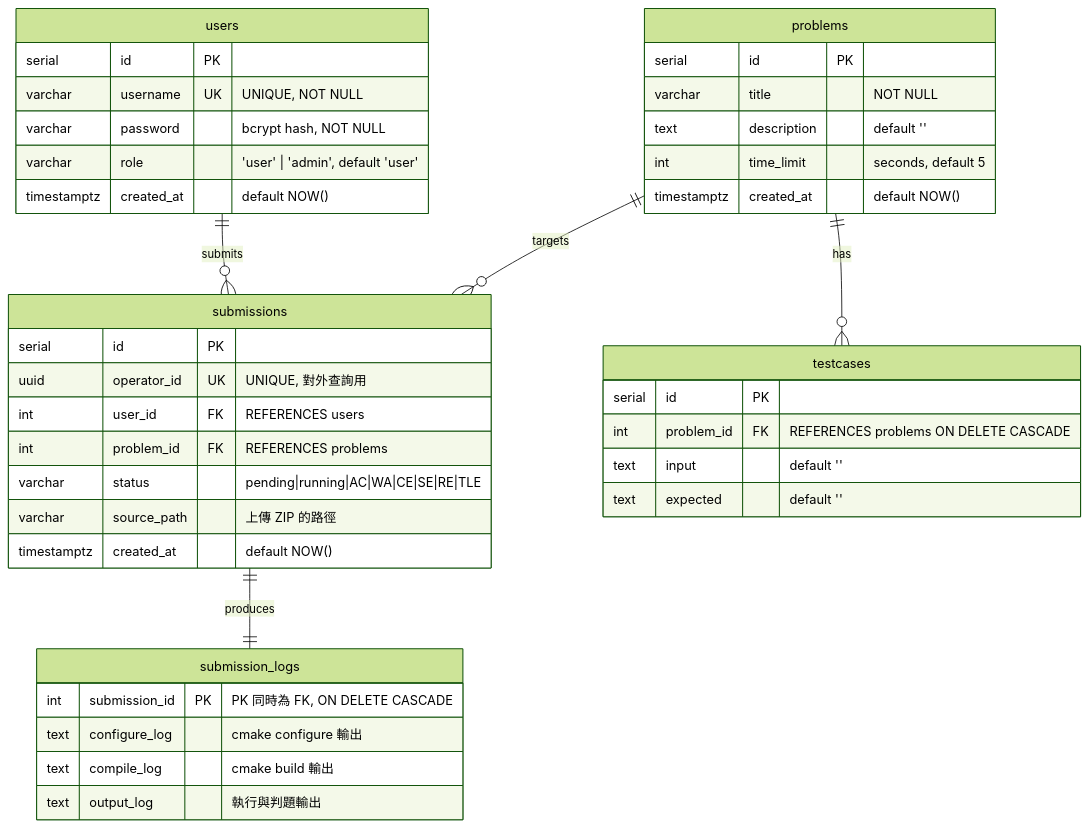
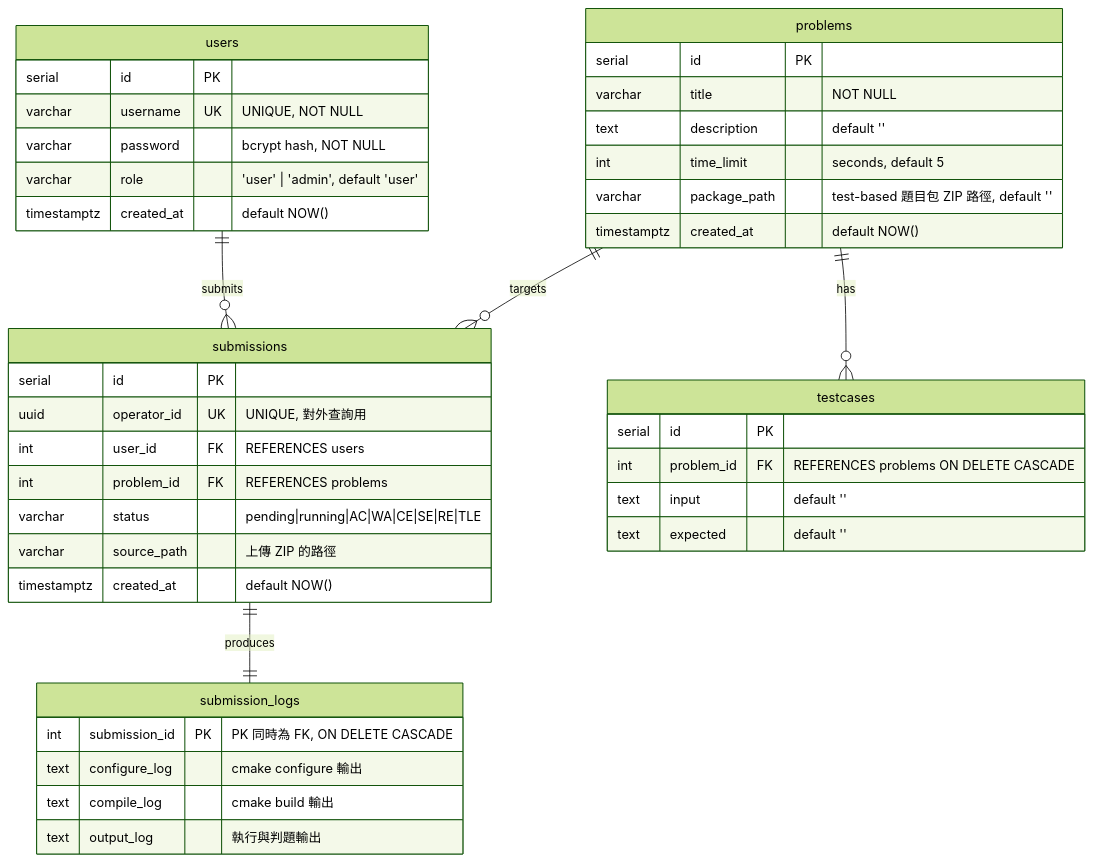
Before and after one commit to zyzy0826/backend_final: the first of 2 diagrams in docs/ERD.md, drawn with Mermaid (forest theme). The commit also changed other lines of this file and 2 other files, not shown here.

First line of the commit message:
docs: fill gaps and correct stale info in README, ERD, testing guide

````diff
--- a/docs/ERD.md
+++ b/docs/ERD.md
@@ -7,47 +7,48 @@
 ```mermaid
 erDiagram
     users ||--o{ submissions : "submits"
     problems ||--o{ submissions : "targets"
     problems ||--o{ testcases : "has"
     submissions ||--|| submission_logs : "produces"
 
     users {
         serial      id PK
         varchar     username UK "UNIQUE, NOT NULL"
         varchar     password "bcrypt hash, NOT NULL"
         varchar     role "'user' | 'admin', default 'user'"
         timestamptz created_at "default NOW()"
     }
 
     problems {
         serial      id PK
         varchar     title "NOT NULL"
         text        description "default ''"
         int         time_limit "seconds, default 5"
+        varchar     package_path "test-based 題目包 ZIP 路徑, default ''"
         timestamptz created_at "default NOW()"
     }
 
     testcases {
         serial id PK
         int    problem_id FK "REFERENCES problems ON DELETE CASCADE"
         text   input "default ''"
         text   expected "default ''"
     }
 
     submissions {
         serial      id PK
         uuid        operator_id UK "UNIQUE, 對外查詢用"
         int         user_id FK "REFERENCES users"
         int         problem_id FK "REFERENCES problems"
         varchar     status "pending|running|AC|WA|CE|SE|RE|TLE"
         varchar     source_path "上傳 ZIP 的路徑"
         timestamptz created_at "default NOW()"
     }
 
     submission_logs {
         int  submission_id PK "PK 同時為 FK, ON DELETE CASCADE"
         text configure_log "cmake configure 輸出"
         text compile_log "cmake build 輸出"
         text output_log "執行與判題輸出"
     }
 ```
````
